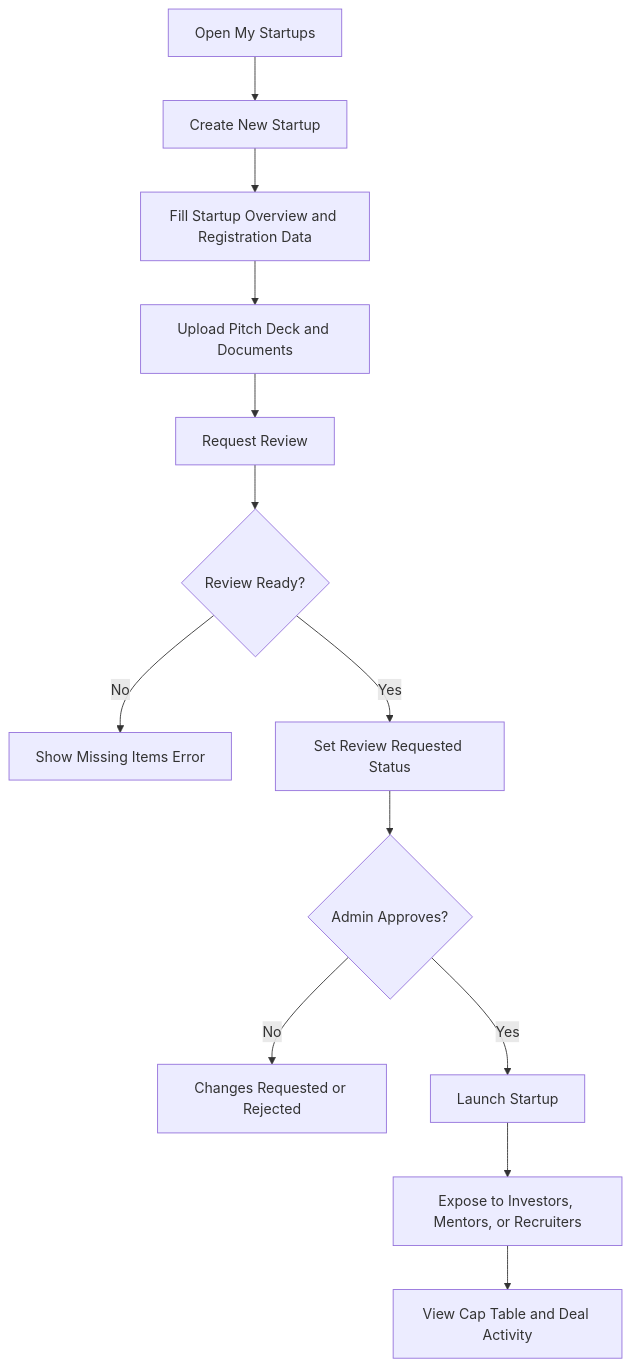
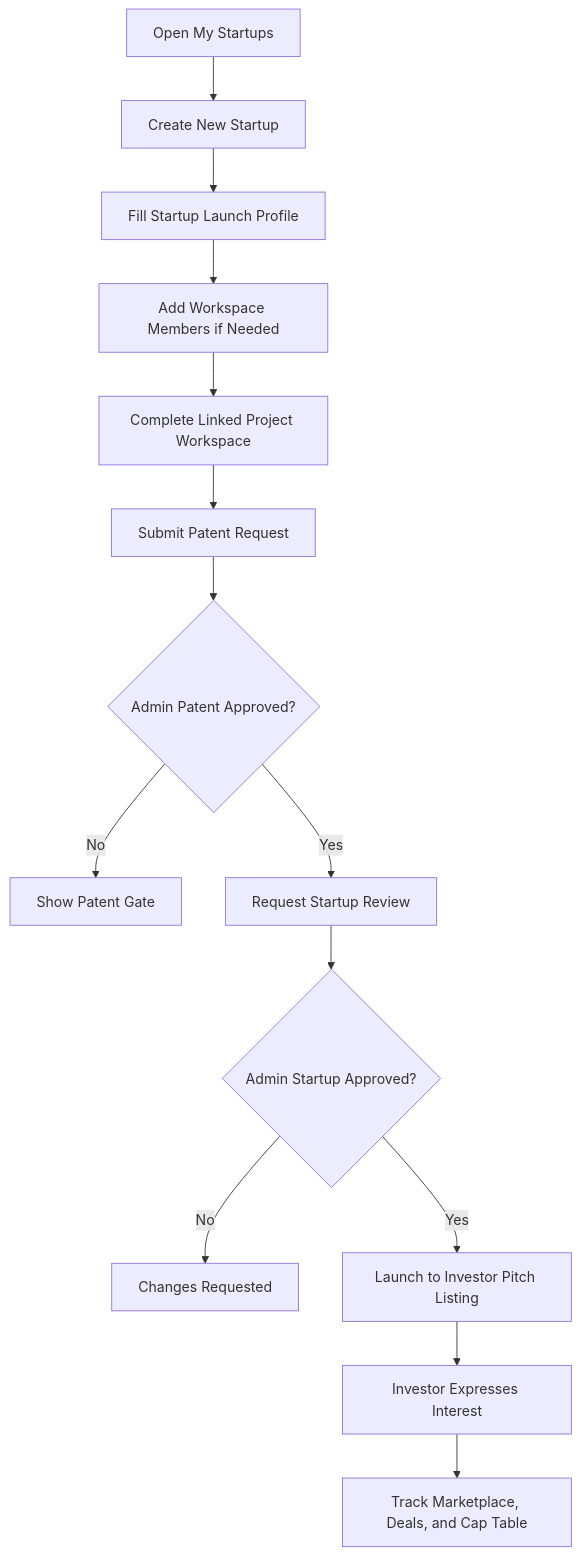
Before and after one commit to promove16/Promove-Cloud: the sixth of 14 diagrams in docs/ProMove_User_Manual.md, drawn with Mermaid. The commit also changed other lines of this file and 95 other files, not shown here.

````diff
--- a/docs/ProMove_User_Manual.md
+++ b/docs/ProMove_User_Manual.md
@@ -764,15 +766,16 @@
 ```mermaid
 flowchart TD
     A[Open My Startups] --> B[Create New Startup]
-    B --> C[Fill Startup Overview and Registration Data]
-    C --> D[Upload Pitch Deck and Documents]
-    D --> E[Request Review]
-    E --> F{Review Ready?}
-    F -- No --> G[Show Missing Items Error]
-    F -- Yes --> H[Set Review Requested Status]
-    H --> I{Admin Approves?}
-    I -- No --> J[Changes Requested or Rejected]
-    I -- Yes --> K[Launch Startup]
-    K --> L[Expose to Investors, Mentors, or Recruiters]
-    L --> M[View Cap Table and Deal Activity]
+    B --> C[Fill Startup Launch Profile]
+    C --> D[Add Workspace Members if Needed]
+    D --> E[Complete Linked Project Workspace]
+    E --> F[Submit Patent Request]
+    F --> G{Admin Patent Approved?}
+    G -- No --> H[Show Patent Gate]
+    G -- Yes --> I[Request Startup Review]
+    I --> J{Admin Startup Approved?}
+    J -- No --> K[Changes Requested]
+    J -- Yes --> L[Launch to Investor Pitch Listing]
+    L --> M[Investor Expresses Interest]
+    M --> N[Track Marketplace, Deals, and Cap Table]
 ```
````
